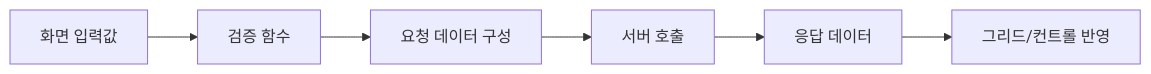
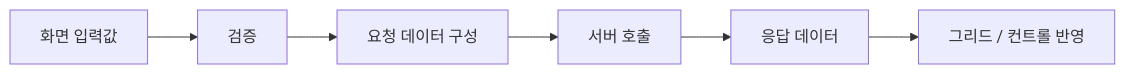
One commit to Team-Microserver/vbscript-doc changed the diagram in docs/vbscript_core_summary/00_getting_started/source_reading_strategy.md. Above: the diagram before and after it, drawn with Mermaid. The commit also changed other lines of this file and 2 other files, not shown here.

````diff
--- a/docs/vbscript_core_summary/00_getting_started/source_reading_strategy.md
+++ b/docs/vbscript_core_summary/00_getting_started/source_reading_strategy.md
@@ -39,8 +189,8 @@
 ```mermaid
 flowchart LR
-    A[화면 입력값] --> B[검증 함수]
+    A[화면 입력값] --> B[검증]
     B --> C[요청 데이터 구성]
     C --> D[서버 호출]
     D --> E[응답 데이터]
-    E --> F[그리드/컨트롤 반영]
+    E --> F[그리드 / 컨트롤 반영]
 ```
````
